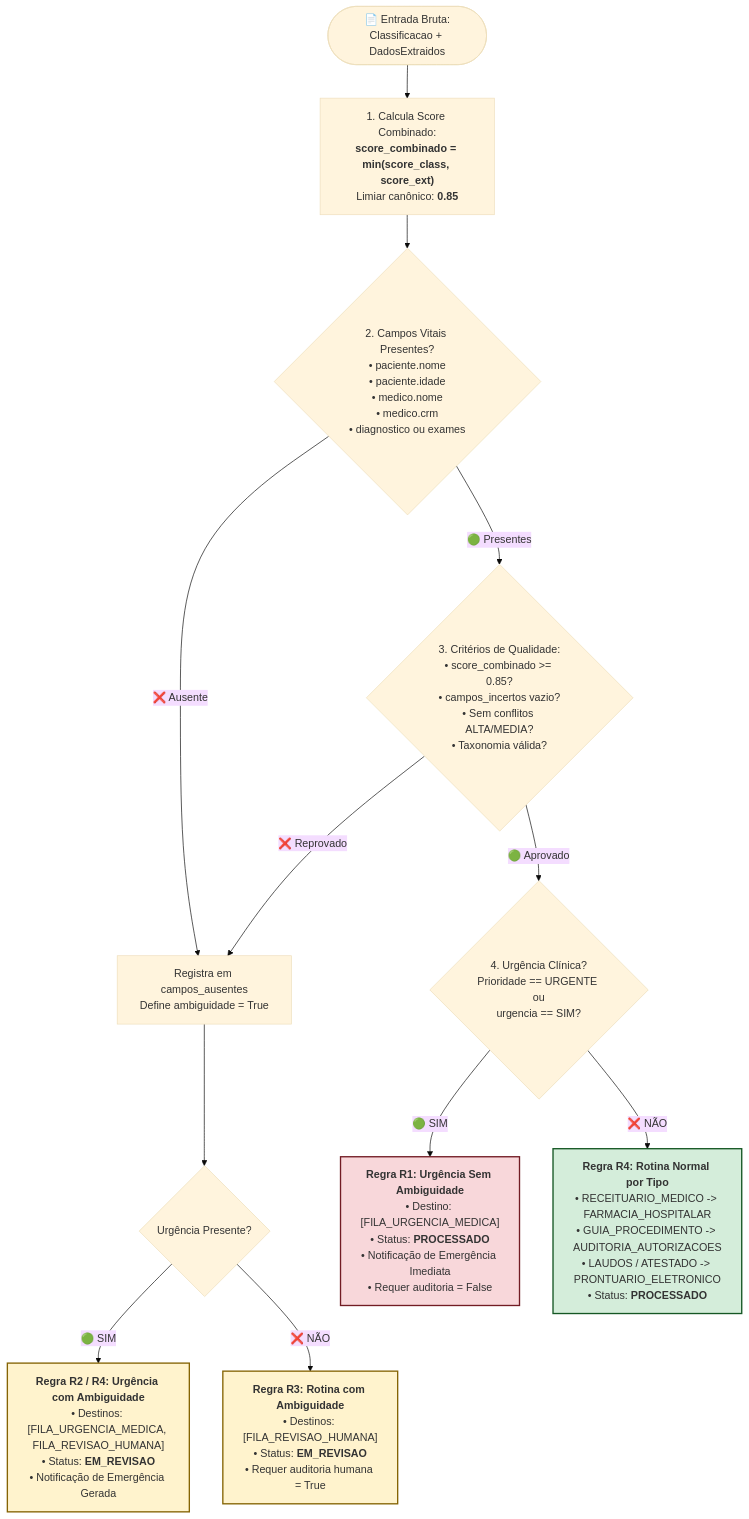
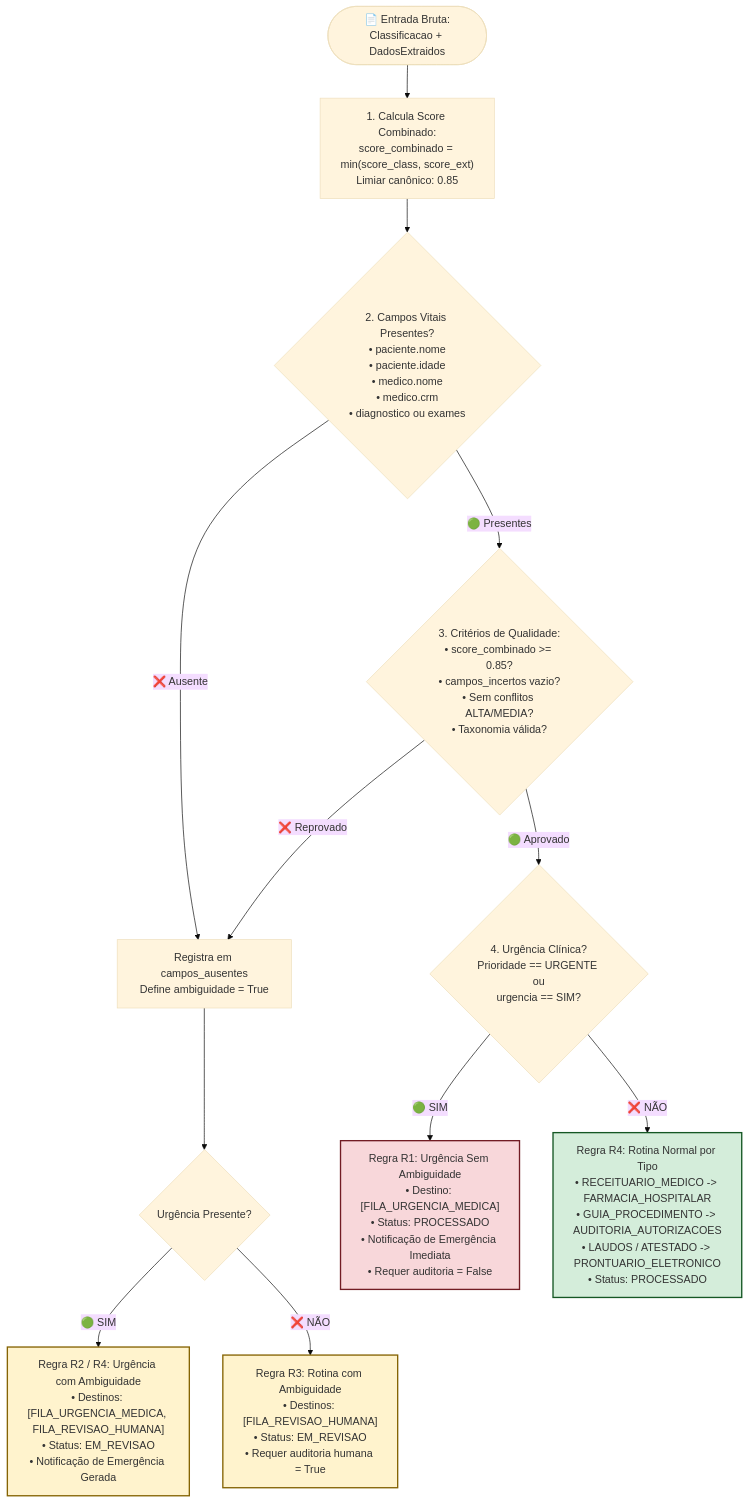
One commit to No-Country-simulation/g10-brasil-equipe-15_mediflow changed the fourth of 6 diagrams in docs/testes/VISUAL_SCHEMAS.md. Above: the diagram before and after it, drawn with Mermaid (base theme). The commit also changed other lines of this file and 5 other files, not shown here.

````diff
--- a/docs/testes/VISUAL_SCHEMAS.md
+++ b/docs/testes/VISUAL_SCHEMAS.md
@@ -240,29 +242,29 @@
 ```mermaid
 flowchart TD
-    START(["📄 Entrada Bruta:<br/>Classificacao + DadosExtraidos"]) --> CALC["1. Calcula Score Combinado:<br/><b>score_combinado = min(score_class, score_ext)</b><br/>Limiar canônico: <b>0.85</b>"]
+    START(["📄 Entrada Bruta:<br/>Classificacao + DadosExtraidos"]) --> CALC["1. Calcula Score Combinado:<br/>score_combinado = min(score_class, score_ext)<br/>Limiar canônico: 0.85"]
 
     CALC --> VITAL{"2. Campos Vitais Presentes?<br/>• paciente.nome<br/>• paciente.idade<br/>• medico.nome<br/>• medico.crm<br/>• diagnostico ou exames"}
 
     VITAL -- ❌ Ausente --> SET_AMB["Registra em campos_ausentes<br/>Define ambiguidade = True"]
     VITAL -- 🟢 Presentes --> QUAL_CHECK{"3. Critérios de Qualidade:<br/>• score_combinado >= 0.85?<br/>• campos_incertos vazio?<br/>• Sem conflitos ALTA/MEDIA?<br/>• Taxonomia válida?"}
 
     QUAL_CHECK -- ❌ Reprovado --> SET_AMB
     QUAL_CHECK -- 🟢 Aprovado --> URG_CHECK{"4. Urgência Clínica?<br/>Prioridade == URGENTE ou<br/>urgencia == SIM?"}
 
     %% Caminho de Ambiguidade
     SET_AMB --> AMB_URG{"Urgência Presente?"}
     
-    AMB_URG -- 🟢 SIM --> R2["<b>Regra R2 / R4: Urgência com Ambiguidade</b><br/>• Destinos: [FILA_URGENCIA_MEDICA, FILA_REVISAO_HUMANA]<br/>• Status: <b>EM_REVISAO</b><br/>• Notificação de Emergência Gerada"]
+    AMB_URG -- 🟢 SIM --> R2["Regra R2 / R4: Urgência com Ambiguidade<br/>• Destinos: [FILA_URGENCIA_MEDICA, FILA_REVISAO_HUMANA]<br/>• Status: EM_REVISAO<br/>• Notificação de Emergência Gerada"]
     
-    AMB_URG -- ❌ NÃO --> R3["<b>Regra R3: Rotina com Ambiguidade</b><br/>• Destinos: [FILA_REVISAO_HUMANA]<br/>• Status: <b>EM_REVISAO</b><br/>• Requer auditoria humana = True"]
+    AMB_URG -- ❌ NÃO --> R3["Regra R3: Rotina com Ambiguidade<br/>• Destinos: [FILA_REVISAO_HUMANA]<br/>• Status: EM_REVISAO<br/>• Requer auditoria humana = True"]
 
     %% Caminho Seguro
-    URG_CHECK -- 🟢 SIM --> R1["<b>Regra R1: Urgência Sem Ambiguidade</b><br/>• Destino: [FILA_URGENCIA_MEDICA]<br/>• Status: <b>PROCESSADO</b><br/>• Notificação de Emergência Imediata<br/>• Requer auditoria = False"]
+    URG_CHECK -- 🟢 SIM --> R1["Regra R1: Urgência Sem Ambiguidade<br/>• Destino: [FILA_URGENCIA_MEDICA]<br/>• Status: PROCESSADO<br/>• Notificação de Emergência Imediata<br/>• Requer auditoria = False"]
 
-    URG_CHECK -- ❌ NÃO --> R4["<b>Regra R4: Rotina Normal por Tipo</b><br/>• RECEITUARIO_MEDICO -> FARMACIA_HOSPITALAR<br/>• GUIA_PROCEDIMENTO -> AUDITORIA_AUTORIZACOES<br/>• LAUDOS / ATESTADO -> PRONTUARIO_ELETRONICO<br/>• Status: <b>PROCESSADO</b>"]
+    URG_CHECK -- ❌ NÃO --> R4["Regra R4: Rotina Normal por Tipo<br/>• RECEITUARIO_MEDICO -> FARMACIA_HOSPITALAR<br/>• GUIA_PROCEDIMENTO -> AUDITORIA_AUTORIZACOES<br/>• LAUDOS / ATESTADO -> PRONTUARIO_ELETRONICO<br/>• Status: PROCESSADO"]
 
     style R1 fill:#F8D7DA,stroke:#721C24,stroke-width:2px
     style R2 fill:#FFF3CD,stroke:#856404,stroke-width:2px
     style R3 fill:#FFF3CD,stroke:#856404,stroke-width:2px
     style R4 fill:#D4EDDA,stroke:#155724,stroke-width:2px
 ```
````
